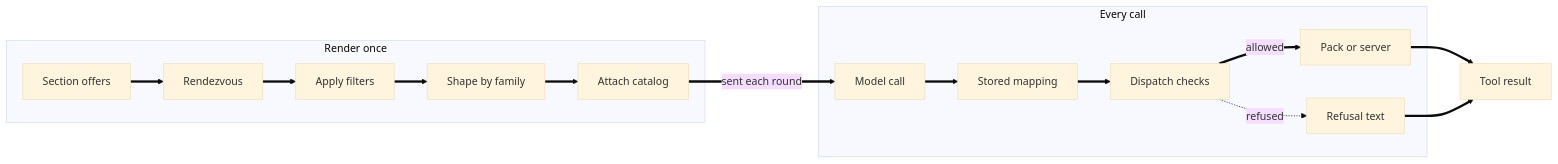
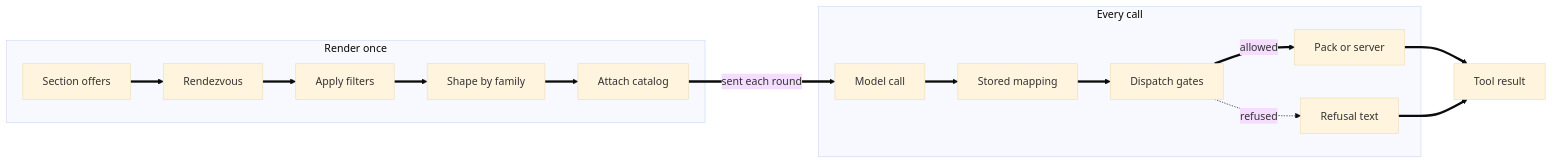
One commit to cppalliance/runvil-design changed the fifth of 6 diagrams in research/2026-10-20-dynamic-tools-offering-reflection.md. Above: the diagram before and after it, drawn with Mermaid (base theme). The commit also changed other lines of this file, not shown here.

````diff
--- a/research/2026-10-20-dynamic-tools-offering-reflection.md
+++ b/research/2026-10-20-dynamic-tools-offering-reflection.md
@@ -1120,18 +1018,18 @@
 ```mermaid
 flowchart LR
     subgraph R1 [Render once]
     O[Section offers] ==> RZ[Rendezvous]
     RZ ==> FI[Apply filters]
     FI ==> SH[Shape by family]
     SH ==> AT[Attach catalog]
     end
     subgraph R2 [Every call]
     MC[Model call] ==> MP[Stored mapping]
-    MP ==> CK[Dispatch checks]
+    MP ==> CK[Dispatch gates]
     CK ==>|allowed| T[Pack or server]
     CK -.->|refused| RF[Refusal text]
     end
     AT ==>|sent each round| MC
     T ==> RS[Tool result]
     RF ==> RS
 ```
````
